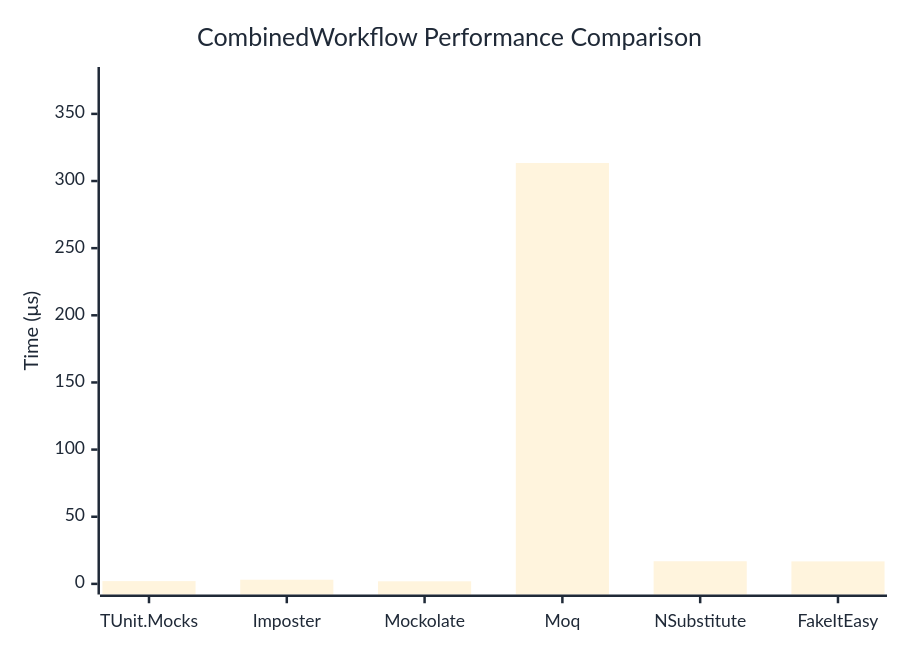
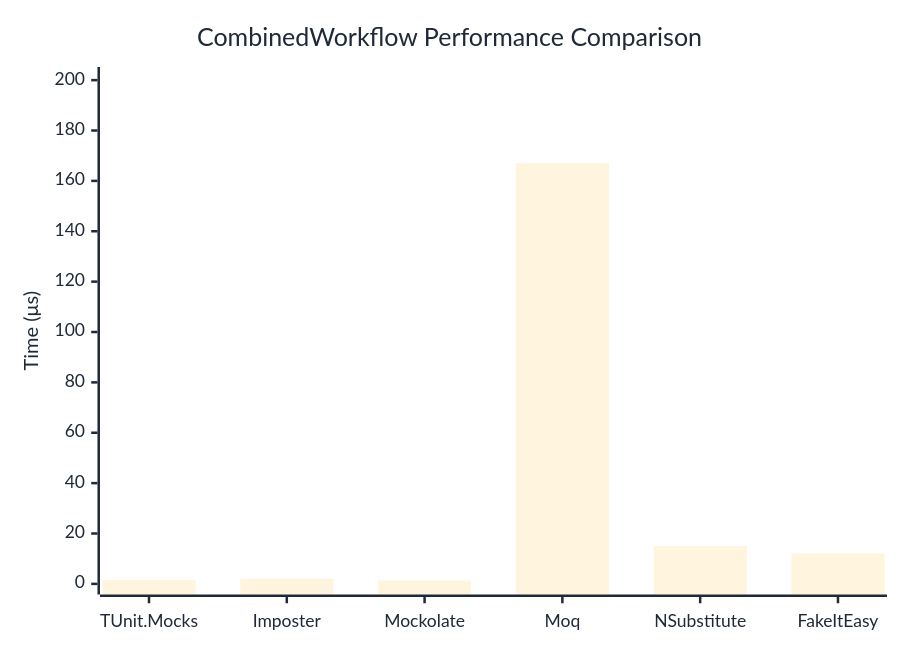
One commit to thomhurst/TUnit changed the diagram in docs/docs/benchmarks/mocks/CombinedWorkflow.md. Above: the diagram before and after it, drawn with Mermaid. The commit also changed other lines of this file and 14 other files, not shown here.

````diff
--- a/docs/docs/benchmarks/mocks/CombinedWorkflow.md
+++ b/docs/docs/benchmarks/mocks/CombinedWorkflow.md
@@ -30,27 +30,27 @@
 ```mermaid
 %%{init: {
   'theme':'base',
   'themeVariables': {
     'primaryColor': '#2563eb',
     'primaryTextColor': '#1f2937',
     'primaryBorderColor': '#1e40af',
     'lineColor': '#6b7280',
     'secondaryColor': '#7c3aed',
     'tertiaryColor': '#dc2626',
     'background': '#ffffff',
     'pie1': '#2563eb',
     'pie2': '#7c3aed',
     'pie3': '#dc2626',
     'pie4': '#f59e0b',
     'pie5': '#10b981',
     'pie6': '#06b6d4',
     'pie7': '#ec4899',
     'pie8': '#6366f1'
   }
 }}%%
 xychart-beta
   title "CombinedWorkflow Performance Comparison"
   x-axis ["TUnit.Mocks", "Imposter", "Mockolate", "Moq", "NSubstitute", "FakeItEasy"]
-  y-axis "Time (μs)" 0 --> 377
-  bar [2.073, 3.089, 1.912, 313.432, 16.848, 16.749]
+  y-axis "Time (μs)" 0 --> 201
+  bar [1.553, 2.096, 1.345, 166.988, 15.046, 12.035]
 ```
````
